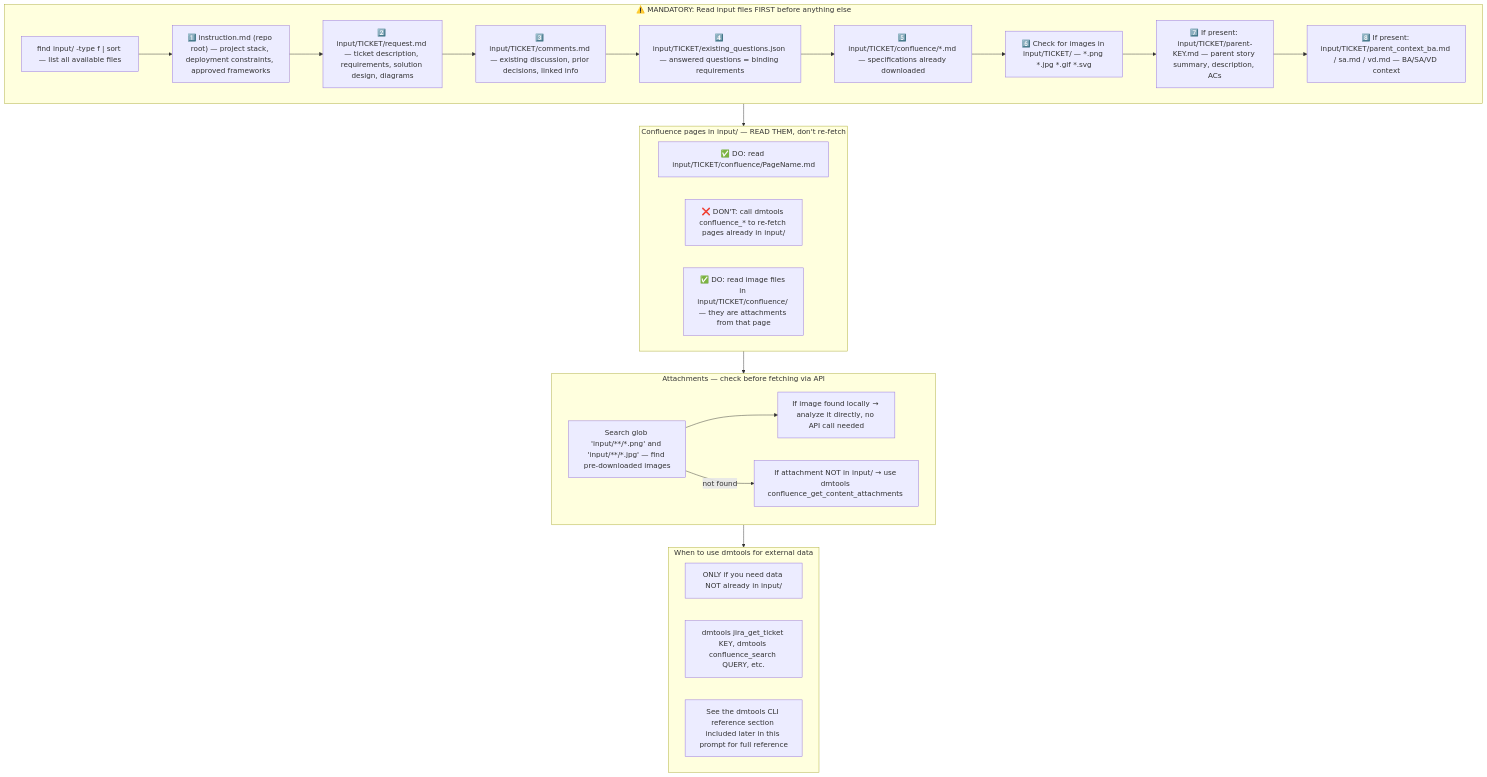
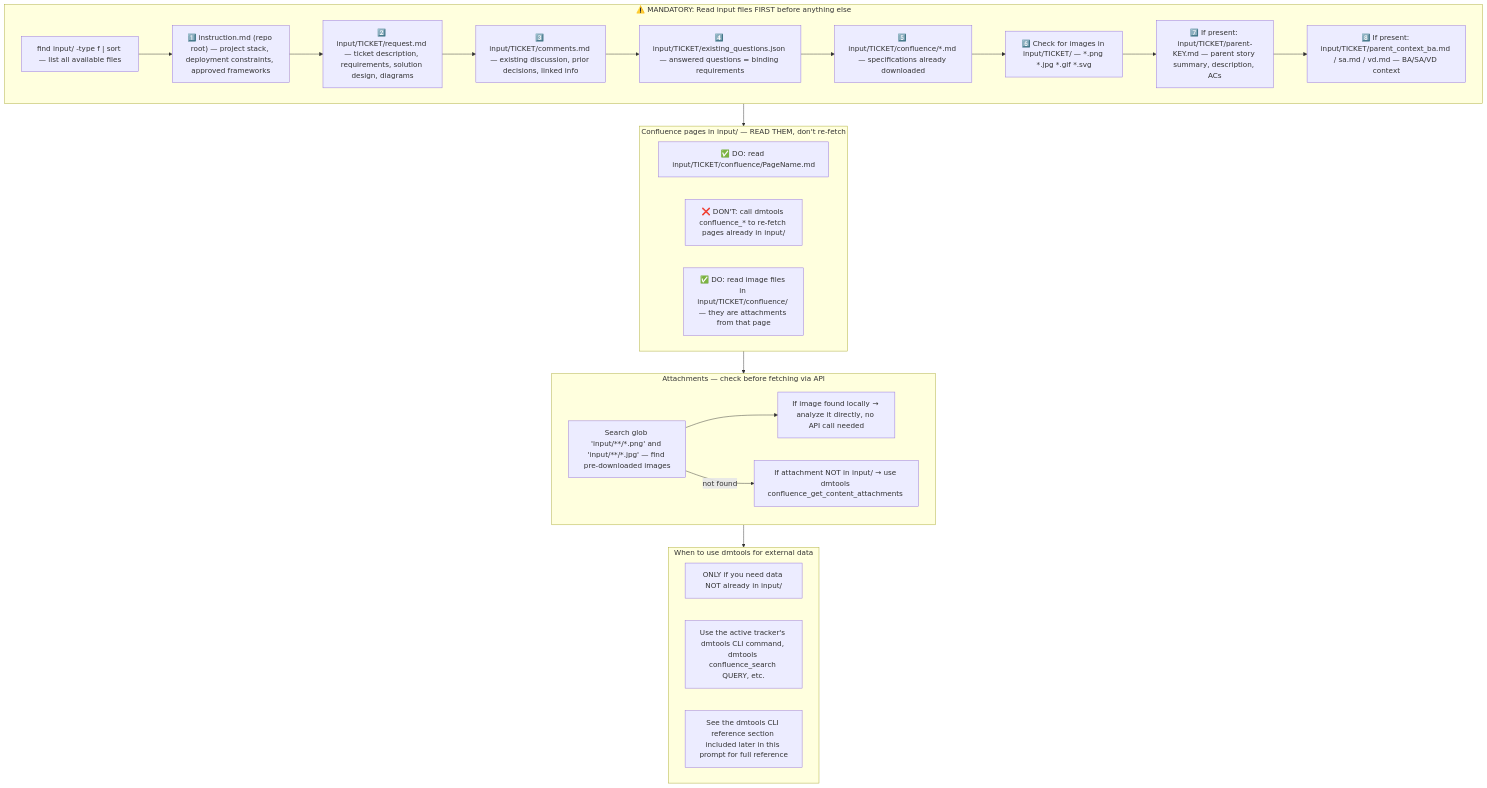
The second of 11 diagrams in snapshots/bug_development.md (IstiN/dmtools-agents), drawn with Mermaid before and after one commit. The commit also changed 32 other files, not shown here.

````diff
--- a/snapshots/bug_development.md
+++ b/snapshots/bug_development.md
@@ -38,37 +38,37 @@
 ```mermaid
 flowchart TD
     subgraph INPUT_ORDER["⚠️ MANDATORY: Read input files FIRST before anything else"]
         I0["find input/ -type f | sort — list all available files"]
         I1["1️⃣ instruction.md (repo root) — project stack, deployment constraints, approved frameworks"]
         I2["2️⃣ input/TICKET/request.md — ticket description, requirements, solution design, diagrams"]
         I3["3️⃣ input/TICKET/comments.md — existing discussion, prior decisions, linked info"]
         I4["4️⃣ input/TICKET/existing_questions.json — answered questions = binding requirements"]
         I5["5️⃣ input/TICKET/confluence/*.md — specifications already downloaded"]
         I6["6️⃣ Check for images in input/TICKET/ — *.png *.jpg *.gif *.svg"]
         I7["7️⃣ If present: input/TICKET/parent-KEY.md — parent story summary, description, ACs"]
         I8["8️⃣ If present: input/TICKET/parent_context_ba.md / sa.md / vd.md — BA/SA/VD context"]
         I0 --> I1 --> I2 --> I3 --> I4 --> I5 --> I6 --> I7 --> I8
     end
 
     subgraph CONFLUENCE_RULE["Confluence pages in input/ — READ THEM, don't re-fetch"]
         C1["✅ DO: read input/TICKET/confluence/PageName.md"]
         C2["❌ DON'T: call dmtools confluence_* to re-fetch pages already in input/"]
         C3["✅ DO: read image files in input/TICKET/confluence/ — they are attachments from that page"]
     end
 
     subgraph ATTACH_RULE["Attachments — check before fetching via API"]
         A1["Search glob 'input/**/*.png' and 'input/**/*.jpg' — find pre-downloaded images"]
         A2["If image found locally → analyze it directly, no API call needed"]
         A3["If attachment NOT in input/ → use dmtools confluence_get_content_attachments <id>"]
         A1 --> A2
         A1 -->|not found| A3
     end
 
     subgraph DMTOOLS_RULE["When to use dmtools for external data"]
         D1["ONLY if you need data NOT already in input/"]
-        D2["dmtools jira_get_ticket KEY, dmtools confluence_search QUERY, etc."]
+        D2["Use the active tracker's dmtools CLI command, dmtools confluence_search QUERY, etc."]
         D3["See the dmtools CLI reference section included later in this prompt for full reference"]
     end
 
     INPUT_ORDER --> CONFLUENCE_RULE --> ATTACH_RULE --> DMTOOLS_RULE
 ```
````
